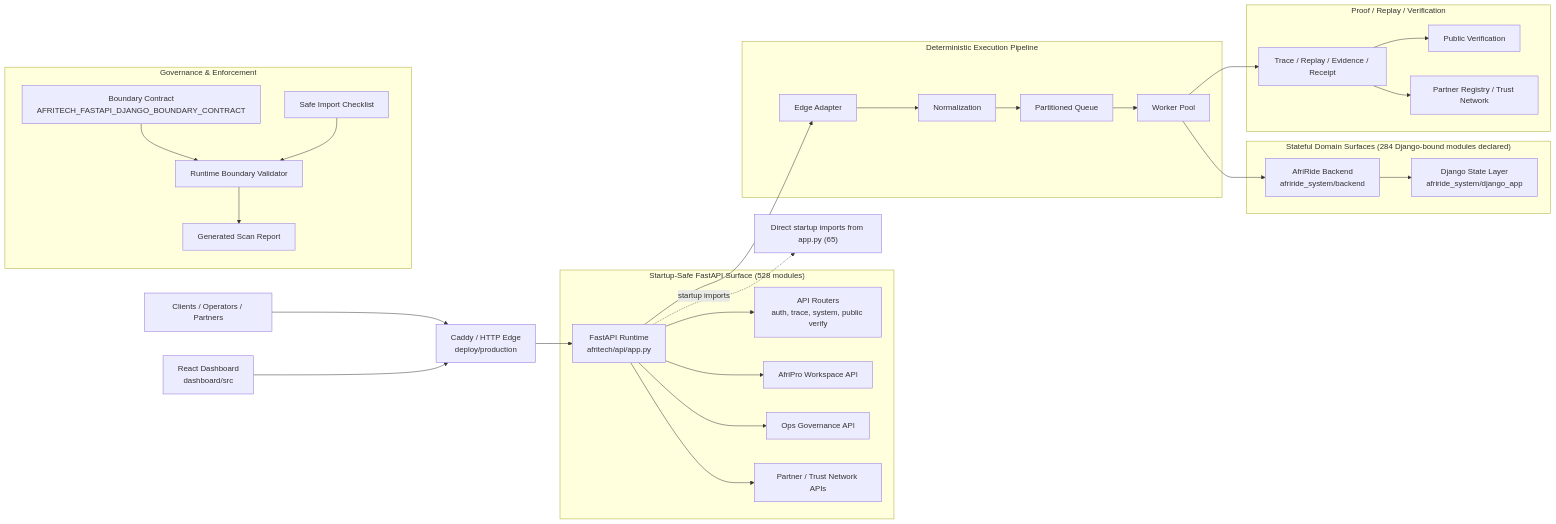
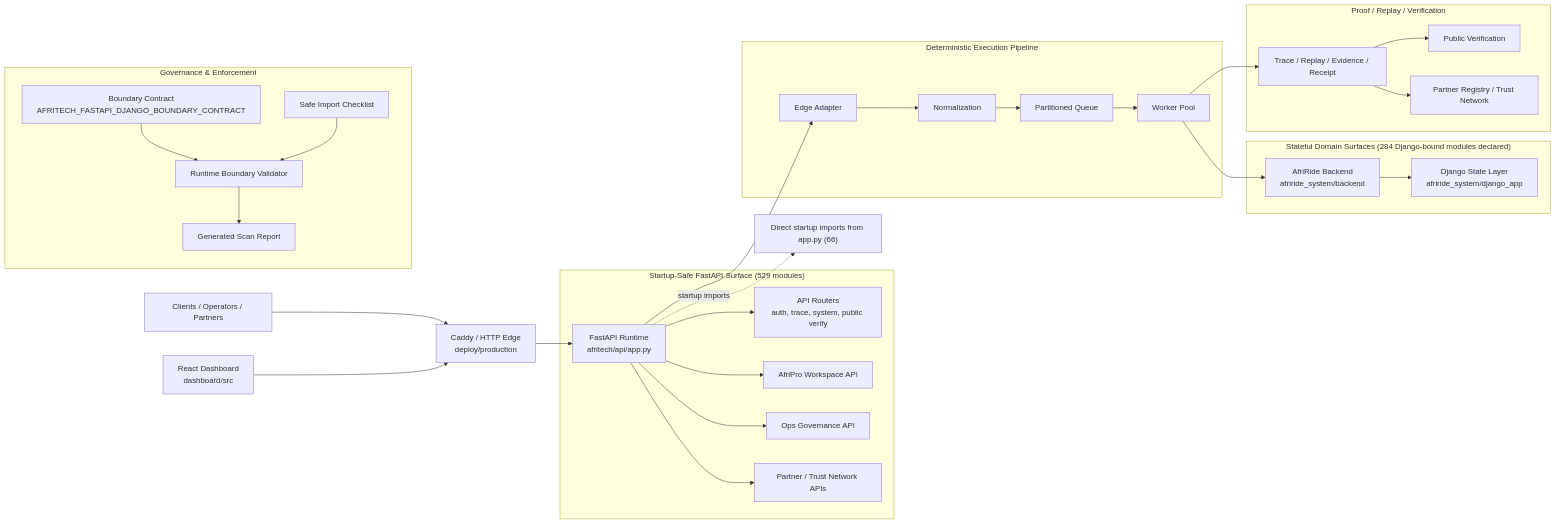
Before and after one commit to Strelly2023/afritelematics: the first of 2 diagrams in docs/architecture/AFRITECH_FULL_ARCHITECTURE_GRAPH.md, drawn with Mermaid. The commit also changed other lines of this file and 11 other files, not shown here.

````diff
--- a/docs/architecture/AFRITECH_FULL_ARCHITECTURE_GRAPH.md
+++ b/docs/architecture/AFRITECH_FULL_ARCHITECTURE_GRAPH.md
@@ -22,39 +22,39 @@
 ```mermaid
 flowchart LR
     Client["Clients / Operators / Partners"] --> Edge["Caddy / HTTP Edge\ndeploy/production"]
     Dashboard["React Dashboard\ndashboard/src"] --> Edge
     Edge --> App["FastAPI Runtime\nafritech/api/app.py"]
 
-    subgraph FastAPI["Startup-Safe FastAPI Surface (528 modules)"]
+    subgraph FastAPI["Startup-Safe FastAPI Surface (529 modules)"]
         App --> Api["API Routers\nauth, trace, system, public verify"]
         App --> Workspace["AfriPro Workspace API"]
         App --> Governance["Ops Governance API"]
         App --> Trust["Partner / Trust Network APIs"]
     end
 
     subgraph Pipeline["Deterministic Execution Pipeline"]
         App --> Adapt["Edge Adapter"]
         Adapt --> Normalize["Normalization"]
         Normalize --> Queue["Partitioned Queue"]
         Queue --> Worker["Worker Pool"]
     end
 
     subgraph State["Stateful Domain Surfaces (284 Django-bound modules declared)"]
         Worker --> Domain["AfriRide Backend\nafriride_system/backend"]
         Domain --> Django["Django State Layer\nafriride_system/django_app"]
     end
 
     subgraph Proof["Proof / Replay / Verification"]
         Worker --> Trace["Trace / Replay / Evidence / Receipt"]
         Trace --> Public["Public Verification"]
         Trace --> Registry["Partner Registry / Trust Network"]
     end
 
     subgraph GovernancePlane["Governance & Enforcement"]
         Contract["Boundary Contract\nAFRITECH_FASTAPI_DJANGO_BOUNDARY_CONTRACT"] --> Validator["Runtime Boundary Validator"]
         Checklist["Safe Import Checklist"] --> Validator
         Validator --> Review["Generated Scan Report"]
     end
 
-    App -. startup imports .-> Imports["Direct startup imports from app.py (65)"]
+    App -. startup imports .-> Imports["Direct startup imports from app.py (66)"]
 ```
````
